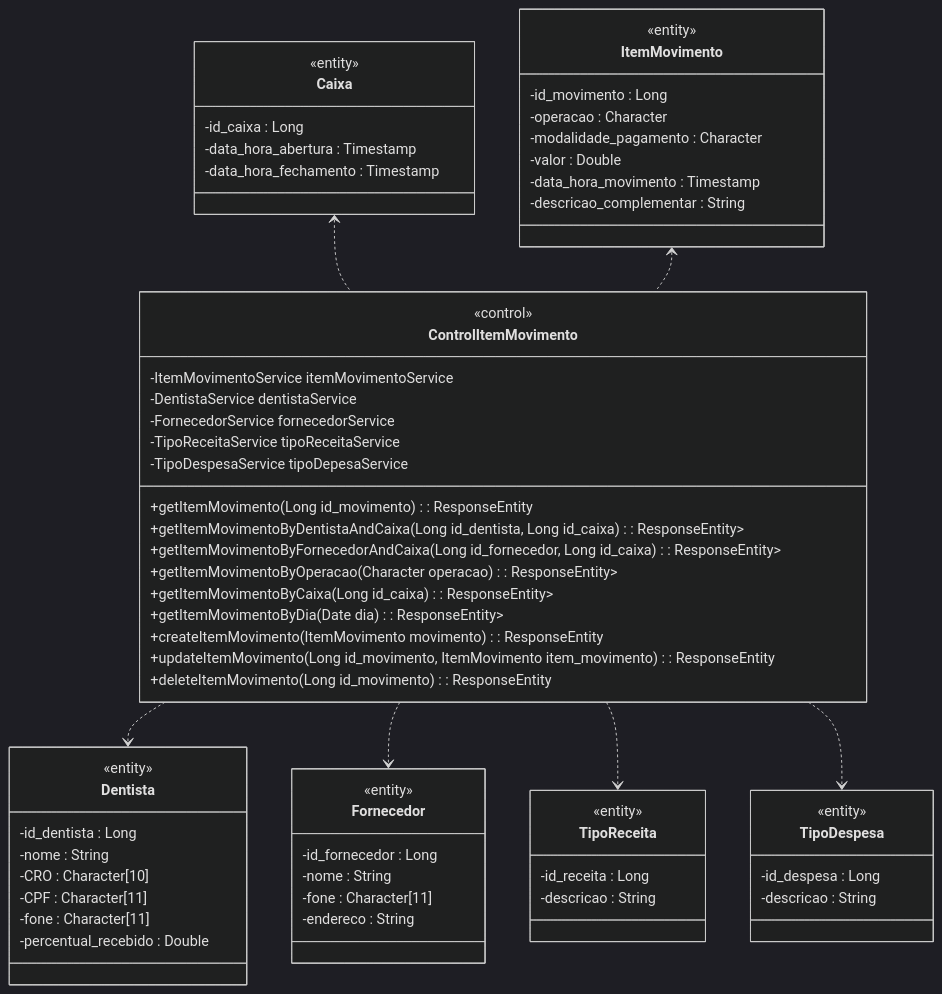
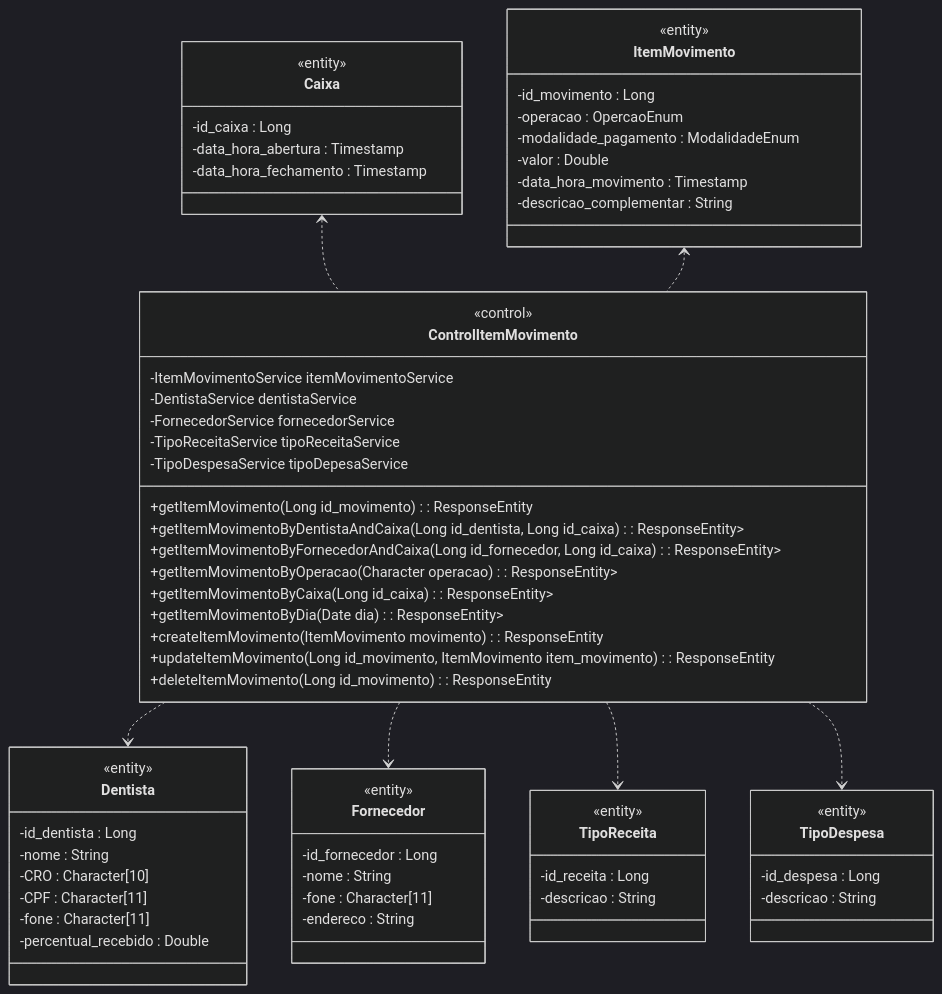
Before and after one commit to gabrielpandrade/SISO: the second of 5 diagrams in docs/modelagem/diagramas/classes.md, drawn with Mermaid (dark theme). The commit also changed other lines of this file, not shown here.

````diff
--- a/docs/modelagem/diagramas/classes.md
+++ b/docs/modelagem/diagramas/classes.md
@@ -147,74 +148,74 @@
 ```mermaid
 classDiagram
     class ControlItemMovimento {
         <<control>>
         -ItemMovimentoService itemMovimentoService
         -DentistaService dentistaService
         -FornecedorService fornecedorService
         -TipoReceitaService tipoReceitaService
         -TipoDespesaService tipoDepesaService
         +getItemMovimento(Long id_movimento) : ResponseEntity<ItemMovimento>
         +getItemMovimentoByDentistaAndCaixa(Long id_dentista, Long id_caixa) : ResponseEntity<List<ItemMovimento>>
         +getItemMovimentoByFornecedorAndCaixa(Long id_fornecedor, Long id_caixa) : ResponseEntity<List<ItemMovimento>>
         +getItemMovimentoByOperacao(Character operacao) : ResponseEntity<List<ItemMovimento>>
         +getItemMovimentoByCaixa(Long id_caixa) : ResponseEntity<List<ItemMovimento>>
         +getItemMovimentoByDia(Date dia) : ResponseEntity<List<ItemMovimento>>
         +createItemMovimento(ItemMovimento movimento) : ResponseEntity<Void>
         +updateItemMovimento(Long id_movimento, ItemMovimento item_movimento) : ResponseEntity<Void>
         +deleteItemMovimento(Long id_movimento) : ResponseEntity<Void>
     }
 
     class Caixa {
         <<entity>>
         -id_caixa : Long
         -data_hora_abertura : Timestamp
         -data_hora_fechamento : Timestamp
     }
 
     class ItemMovimento {
         <<entity>>
         -id_movimento : Long
-        -operacao : Character
-        -modalidade_pagamento : Character
+        -operacao : OpercaoEnum
+        -modalidade_pagamento : ModalidadeEnum
         -valor : Double
         -data_hora_movimento : Timestamp
         -descricao_complementar : String
     }
 
     class Dentista {
         <<entity>>
         -id_dentista : Long
         -nome : String
         -CRO : Character[10]
         -CPF : Character[11]
         -fone : Character[11]
         -percentual_recebido : Double
     }
 
     class Fornecedor {
         <<entity>>
         -id_fornecedor : Long
         -nome : String
         -fone : Character[11]
         -endereco : String
     }
 
     class TipoReceita {
         <<entity>>
         -id_receita : Long
         -descricao : String
     }
 
     class TipoDespesa {
         <<entity>>
         -id_despesa : Long
         -descricao : String
     }
 
     Caixa <.. ControlItemMovimento
     ItemMovimento <.. ControlItemMovimento
     ControlItemMovimento ..> Dentista
     ControlItemMovimento ..> Fornecedor
     ControlItemMovimento ..> TipoReceita
     ControlItemMovimento ..> TipoDespesa
 ```
````
